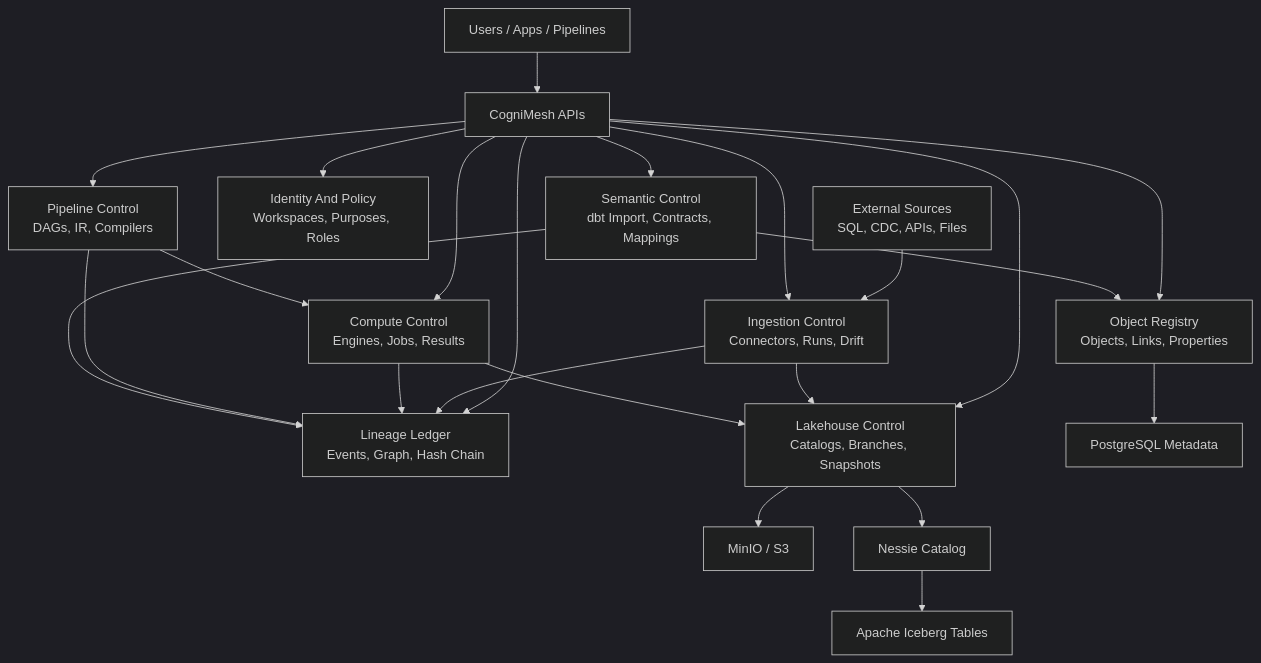
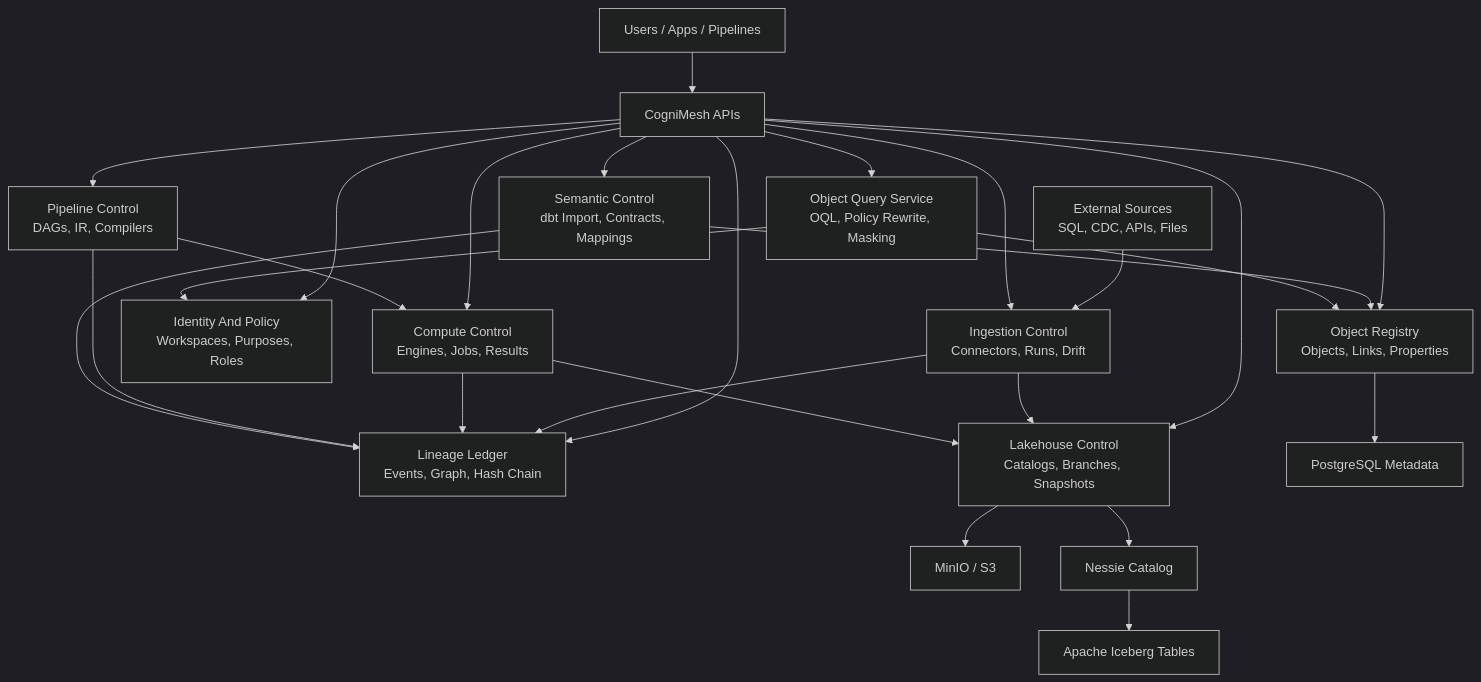
Before and after one commit to MaramHarsha/CogniMesh: the diagram in README.md, drawn with Mermaid (dark theme). The commit also changed other lines of this file and 29 other files, not shown here.

First line of the commit message:
feat: Implement Query Service with SQLite backend

````diff
--- a/README.md
+++ b/README.md
@@ -42,25 +43,28 @@
 ```mermaid
 flowchart TB
   U["Users / Apps / Pipelines"] --> API["CogniMesh APIs"]
   SRC["External Sources\nSQL, CDC, APIs, Files"] --> ING["Ingestion Control\nConnectors, Runs, Drift"]
   API --> OBJ["Object Registry\nObjects, Links, Properties"]
   API --> ID["Identity And Policy\nWorkspaces, Purposes, Roles"]
   API --> LIN["Lineage Ledger\nEvents, Graph, Hash Chain"]
   API --> ING
   API --> CMP["Compute Control\nEngines, Jobs, Results"]
   API --> PIPE["Pipeline Control\nDAGs, IR, Compilers"]
   API --> SEM["Semantic Control\ndbt Import, Contracts, Mappings"]
+  API --> OQS["Object Query Service\nOQL, Policy Rewrite, Masking"]
   API --> LAKE["Lakehouse Control\nCatalogs, Branches, Snapshots"]
   ING --> LIN
   ING --> LAKE
   CMP --> LIN
   CMP --> LAKE
   PIPE --> CMP
   PIPE --> LIN
   SEM --> OBJ
   SEM --> LIN
+  OQS --> OBJ
+  OQS --> ID
   LAKE --> MINIO["MinIO / S3"]
   LAKE --> NESSIE["Nessie Catalog"]
   NESSIE --> ICE["Apache Iceberg Tables"]
   OBJ --> PG["PostgreSQL Metadata"]
 ```
````
